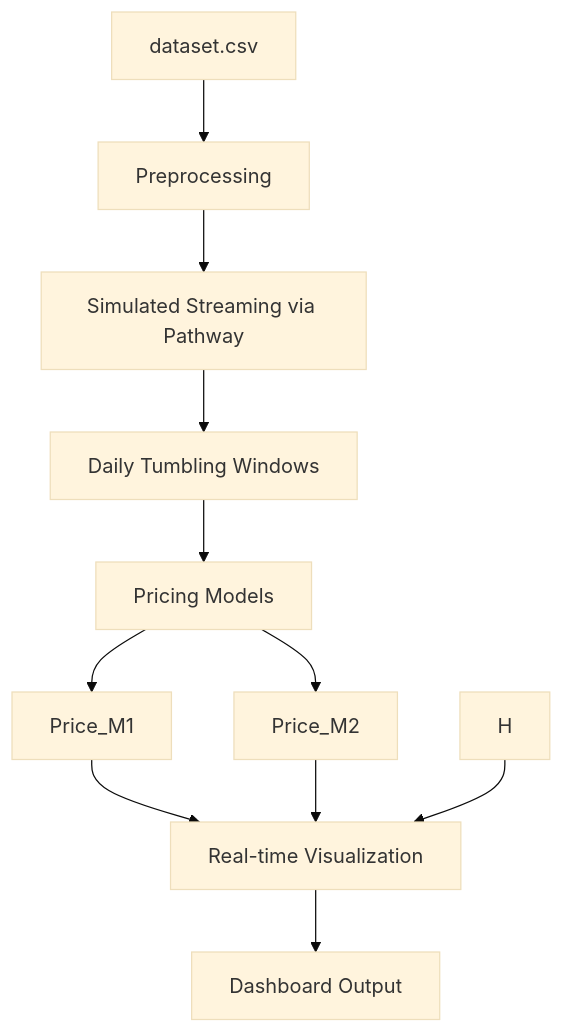
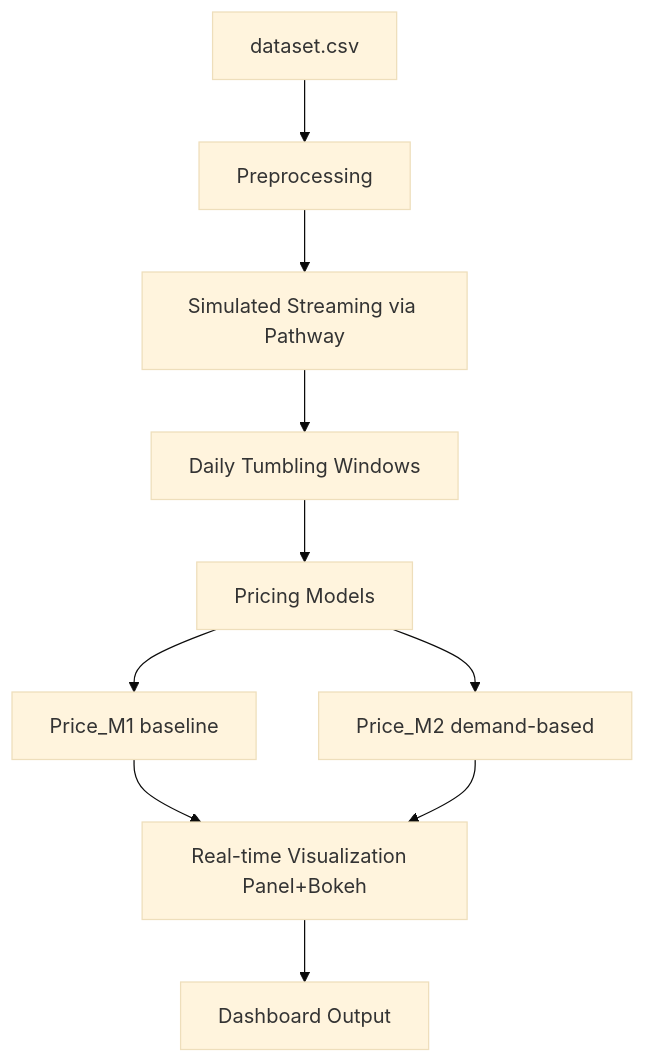
Before and after one commit to Rusty-holmes/Dynamic-Pricing-Model-For-Urban-Parking-Lots: the diagram in README.md, drawn with Mermaid (base theme).

````diff
--- a/README.md
+++ b/README.md
@@ -33,13 +33,12 @@
 ```mermaid
 flowchart TD 
  A[dataset.csv] --> B[Preprocessing]
  B --> C[Simulated Streaming via Pathway]
  C --> D[Daily Tumbling Windows]
  D --> E[Pricing Models]
- E --> F[Price_M1]
- E --> G[Price_M2]
- F --> I[Real-time Visualization]
+ E --> F[Price_M1 baseline]
+ E --> G[Price_M2 demand-based]
+ F --> I[Real-time Visualization  Panel+Bokeh]
  G --> I
- H --> I
  I --> J[Dashboard Output]
 ```
````
